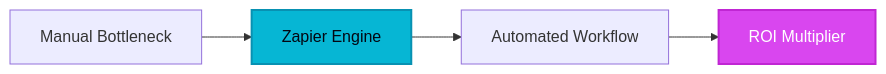
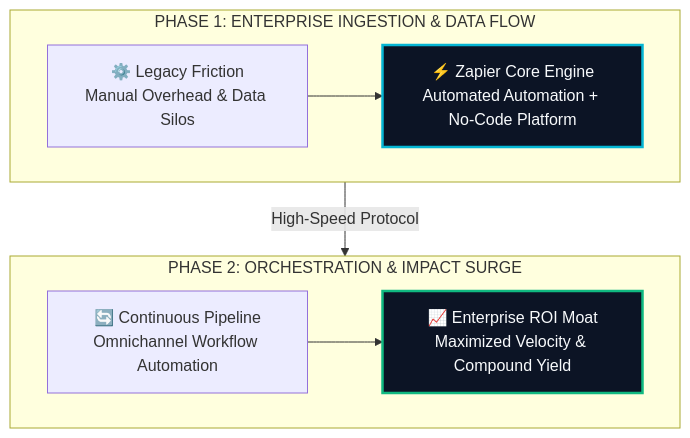
The diagram in site/src/content/blog/best-zapier-alternatives-2026.md (heliatech-media/saas-radar), drawn with Mermaid before and after one commit. The commit also changed 97 other files, not shown here.

First line of the commit message:
feat(diagrams): upgrade all article architecture schemas to high-impact 2-tier responsive vector blueprints

````diff
--- a/site/src/content/blog/best-zapier-alternatives-2026.md
+++ b/site/src/content/blog/best-zapier-alternatives-2026.md
@@ -112,8 +112,14 @@
 ```mermaid
-flowchart LR
-    A[Manual Bottleneck] --> B[Zapier Engine]
-    B --> C[Automated Workflow]
-    C --> D[ROI Multiplier]
-    style B fill:#06b6d4,stroke:#0891b2,stroke-width:2px,color:#030712
-    style D fill:#d946ef,stroke:#c026d3,stroke-width:2px,color:#ffffff
+flowchart TD
+    subgraph S1["PHASE 1: ENTERPRISE INGESTION & DATA FLOW"]
+        direction LR
+        A["⚙️ Legacy Friction<br/>Manual Overhead & Data Silos"] --> B["⚡ Zapier Core Engine<br/>Automated Automation + No-Code Platform"]
+    end
+    subgraph S2["PHASE 2: ORCHESTRATION & IMPACT SURGE"]
+        direction LR
+        C["🔄 Continuous Pipeline<br/>Omnichannel Workflow Automation"] --> D["📈 Enterprise ROI Moat<br/>Maximized Velocity & Compound Yield"]
+    end
+    S1 -->|High-Speed Protocol| S2
+    style B fill:#0c1425,stroke:#06b6d4,stroke-width:2.5px,color:#f8fafc
+    style D fill:#0c1425,stroke:#10b981,stroke-width:2.5px,color:#f8fafc
 ```
````
